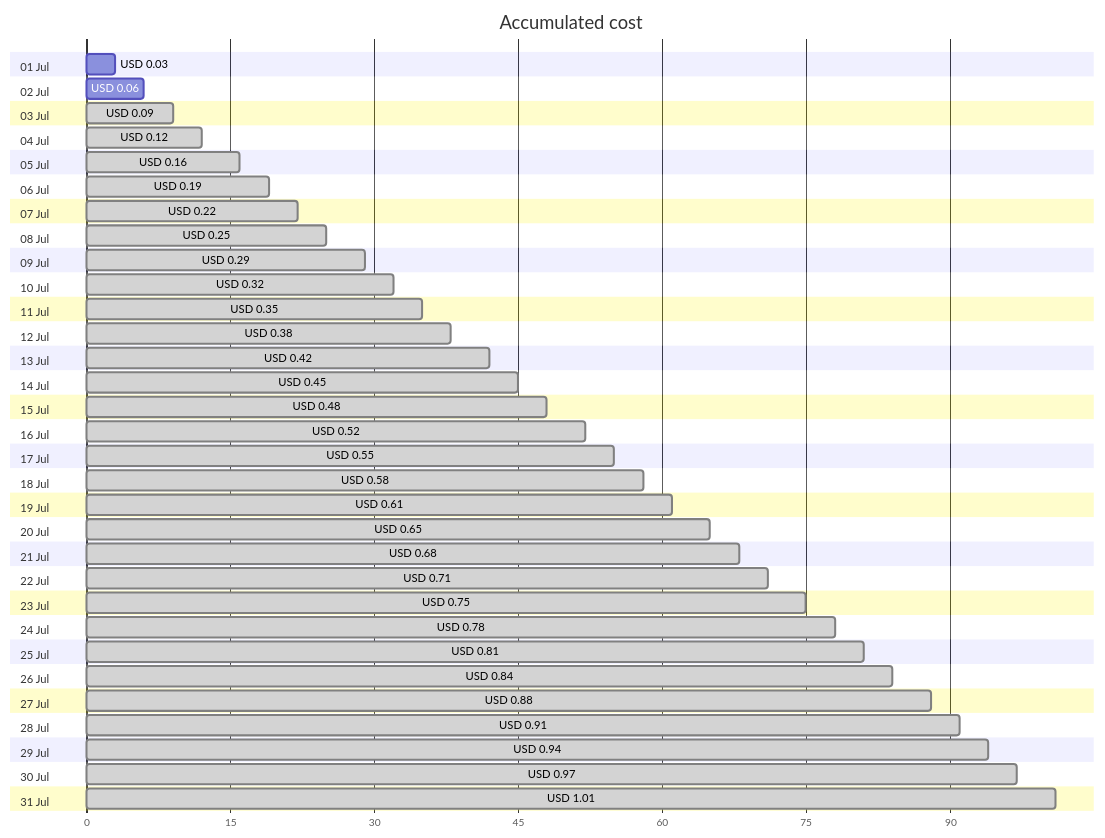
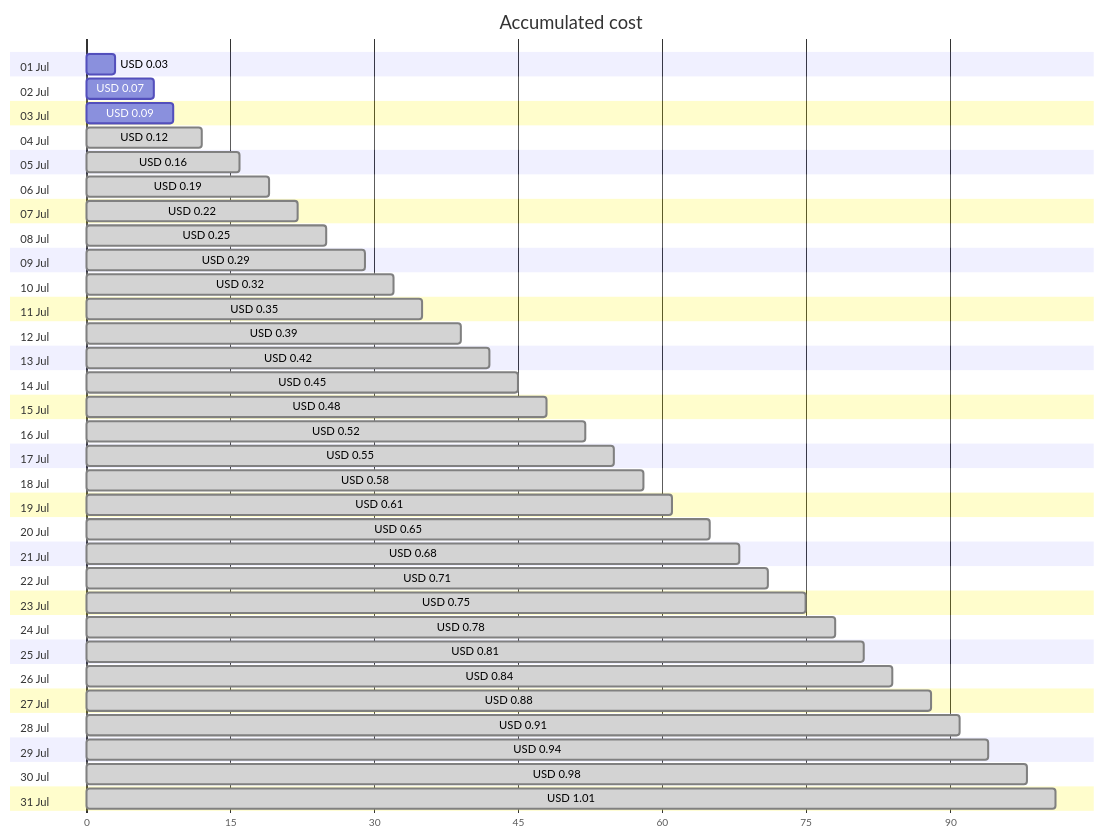
Before and after one commit to jpfulton/azure-personal-reports: the first of 4 diagrams in cost-reports/personal-dns/README.md, drawn with Mermaid. The commit also changed other lines of this file and 2 other files, not shown here.

````diff
--- a/cost-reports/personal-dns/README.md
+++ b/cost-reports/personal-dns/README.md
@@ -20,68 +20,68 @@
 ```mermaid
 gantt
    title Accumulated cost
    dateFormat  X
    axisFormat %s
    section 01 Jul
    USD 0.03 :0, 3
    section 02 Jul
-   USD 0.06 :0, 6
+   USD 0.07 :0, 7
    section 03 Jul
-   USD 0.09 : done, 0, 9
+   USD 0.09 :0, 9
    section 04 Jul
    USD 0.12 : done, 0, 12
    section 05 Jul
    USD 0.16 : done, 0, 16
    section 06 Jul
    USD 0.19 : done, 0, 19
    section 07 Jul
    USD 0.22 : done, 0, 22
    section 08 Jul
    USD 0.25 : done, 0, 25
    section 09 Jul
    USD 0.29 : done, 0, 29
    section 10 Jul
    USD 0.32 : done, 0, 32
    section 11 Jul
    USD 0.35 : done, 0, 35
    section 12 Jul
-   USD 0.38 : done, 0, 38
+   USD 0.39 : done, 0, 39
    section 13 Jul
    USD 0.42 : done, 0, 42
    section 14 Jul
    USD 0.45 : done, 0, 45
    section 15 Jul
    USD 0.48 : done, 0, 48
    section 16 Jul
    USD 0.52 : done, 0, 52
    section 17 Jul
    USD 0.55 : done, 0, 55
    section 18 Jul
    USD 0.58 : done, 0, 58
    section 19 Jul
    USD 0.61 : done, 0, 61
    section 20 Jul
    USD 0.65 : done, 0, 65
    section 21 Jul
    USD 0.68 : done, 0, 68
    section 22 Jul
    USD 0.71 : done, 0, 71
    section 23 Jul
    USD 0.75 : done, 0, 75
    section 24 Jul
    USD 0.78 : done, 0, 78
    section 25 Jul
    USD 0.81 : done, 0, 81
    section 26 Jul
    USD 0.84 : done, 0, 84
    section 27 Jul
    USD 0.88 : done, 0, 88
    section 28 Jul
    USD 0.91 : done, 0, 91
    section 29 Jul
    USD 0.94 : done, 0, 94
    section 30 Jul
-   USD 0.97 : done, 0, 97
+   USD 0.98 : done, 0, 98
    section 31 Jul
    USD 1.01 : done, 0, 101
 ```
````
